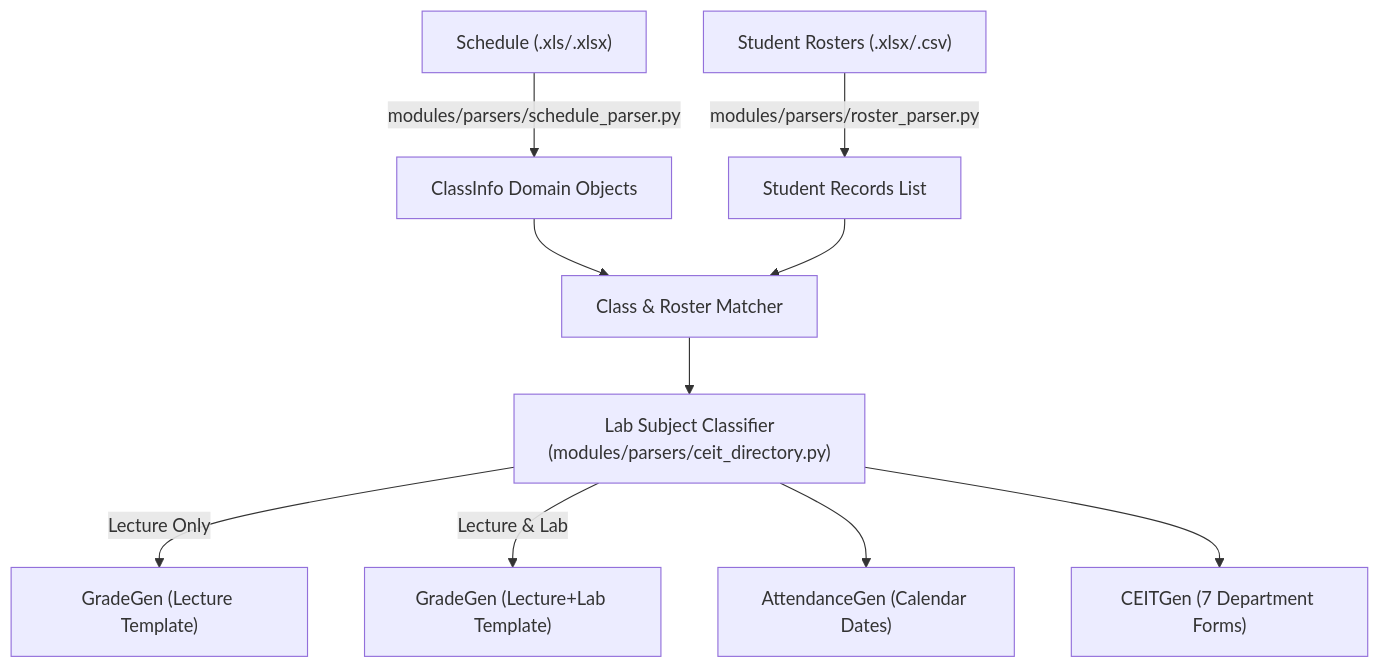
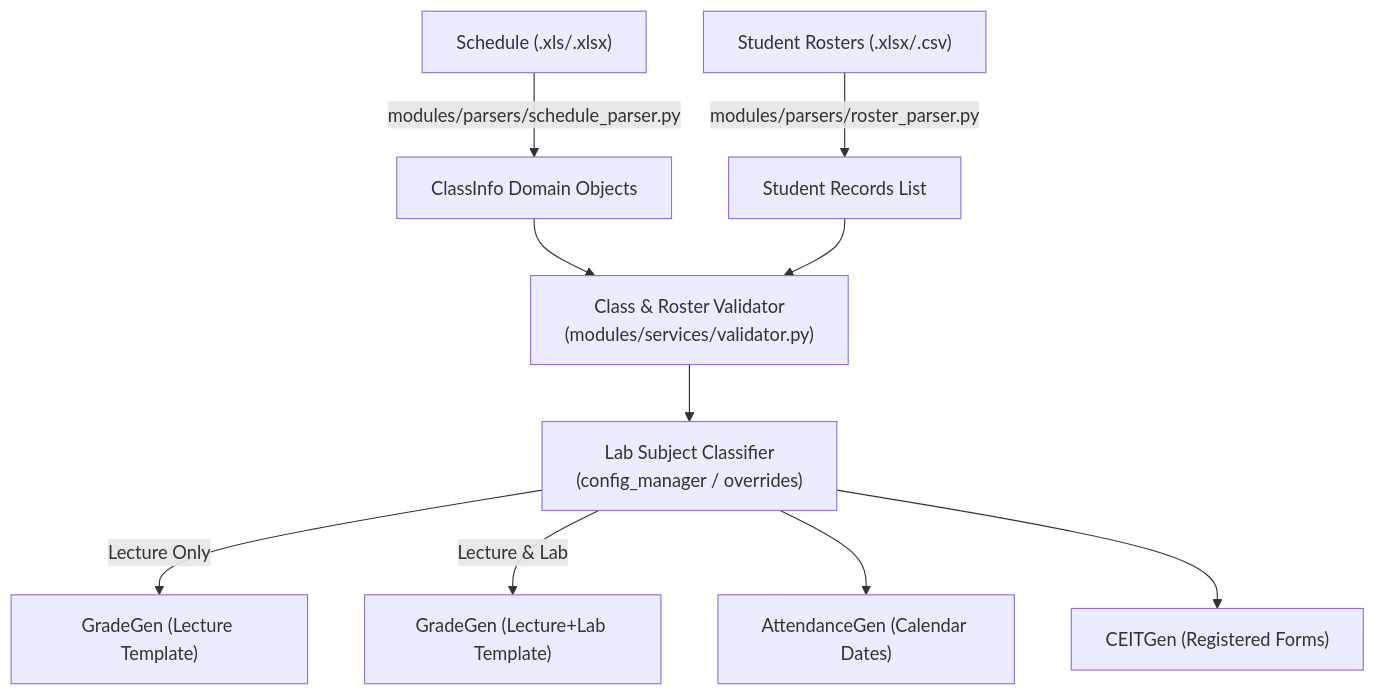
One commit to DrinkBoooz/cvsu-generator_documentation changed the diagram in 01 - Architecture/Generator Pipeline.md. Above: the diagram before and after it, drawn with Mermaid. The commit also changed other lines of this file and 18 other files, not shown here.

Commit message:
3: map current application architecture, generators, templates, user guides, and perform hig audit

````diff
--- a/01 - Architecture/Generator Pipeline.md
+++ b/01 - Architecture/Generator Pipeline.md
@@ -32,15 +32,15 @@
 ```mermaid
 graph TD
     SchedXLS["Schedule (.xls/.xlsx)"] -->|modules/parsers/schedule_parser.py| ClassInfoList["ClassInfo Domain Objects"]
     RosterFiles["Student Rosters (.xlsx/.csv)"] -->|modules/parsers/roster_parser.py| StudentRecords["Student Records List"]
     
-    ClassInfoList --> Matcher["Class & Roster Matcher"]
+    ClassInfoList --> Matcher["Class & Roster Validator<br>(modules/services/validator.py)"]
     StudentRecords --> Matcher
 
-    Matcher --> LabDetect["Lab Subject Classifier<br>(modules/parsers/ceit_directory.py)"]
+    Matcher --> LabDetect["Lab Subject Classifier<br>(config_manager / overrides)"]
 
     LabDetect -->|Lecture Only| Dis1["GradeGen (Lecture Template)"]
     LabDetect -->|Lecture & Lab| Dis2["GradeGen (Lecture+Lab Template)"]
     LabDetect --> Dis3["AttendanceGen (Calendar Dates)"]
-    LabDetect --> Dis4["CEITGen (7 Department Forms)"]
+    LabDetect --> Dis4["CEITGen (Registered Forms)"]
 ```
````
